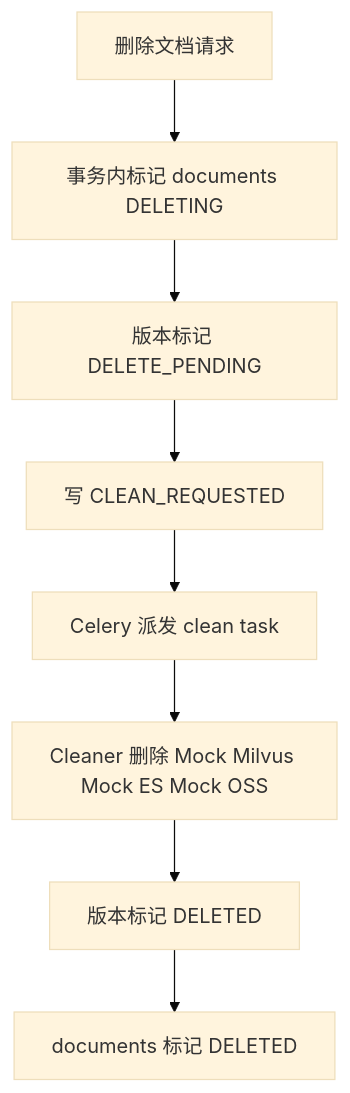
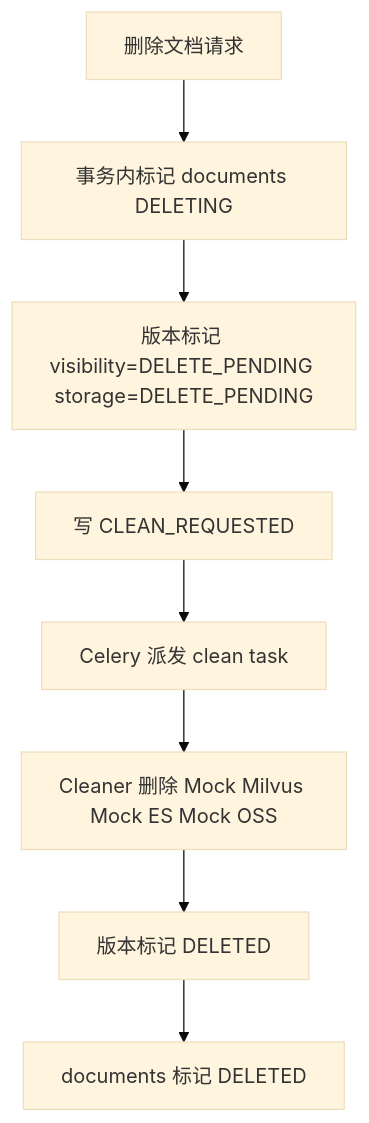
One commit to kkk935208447/learning_common_lib changed the third of 4 diagrams in src/learning_common_lib/案例/实现AgenticRAG数据库管理/架构设计规划（缩减版）.md. Above: the diagram before and after it, drawn with Mermaid (base theme). The commit also changed other lines of this file and 2 other files, not shown here.

````diff
--- a/src/learning_common_lib/案例/实现AgenticRAG数据库管理/架构设计规划（缩减版）.md
+++ b/src/learning_common_lib/案例/实现AgenticRAG数据库管理/架构设计规划（缩减版）.md
@@ -407,10 +430,10 @@
 ```mermaid
 flowchart TD
     A[删除文档请求] --> B[事务内标记 documents DELETING]
-    B --> C[版本标记 DELETE_PENDING]
+    B --> C[版本标记 visibility=DELETE_PENDING storage=DELETE_PENDING]
     C --> D[写 CLEAN_REQUESTED]
     D --> E[Celery 派发 clean task]
     E --> F[Cleaner 删除 Mock Milvus Mock ES Mock OSS]
     F --> G[版本标记 DELETED]
     G --> H[documents 标记 DELETED]
 ```
````
